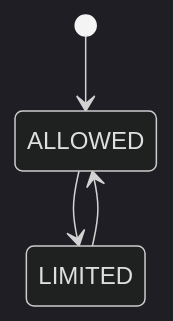
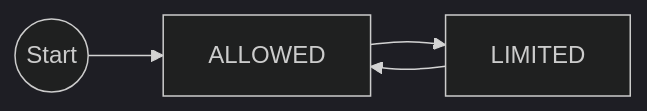
Diagram 54 of 58 in LLD_NOTES/lld_visual_java_reference.md (mthaiseer/springcloud-systemdesign-notes), drawn with Mermaid (dark theme) before and after one commit. The commit also changed other lines of this file, not shown here.

````diff
--- a/LLD_NOTES/lld_visual_java_reference.md
+++ b/LLD_NOTES/lld_visual_java_reference.md
@@ -2297,6 +2297,6 @@
 ```mermaid
-stateDiagram-v2
-  [*] --> ALLOWED
-  ALLOWED --> LIMITED
+flowchart LR
+  Start((Start)) --> ALLOWED[ALLOWED]
+  ALLOWED --> LIMITED[LIMITED]
   LIMITED --> ALLOWED
 ```
````
